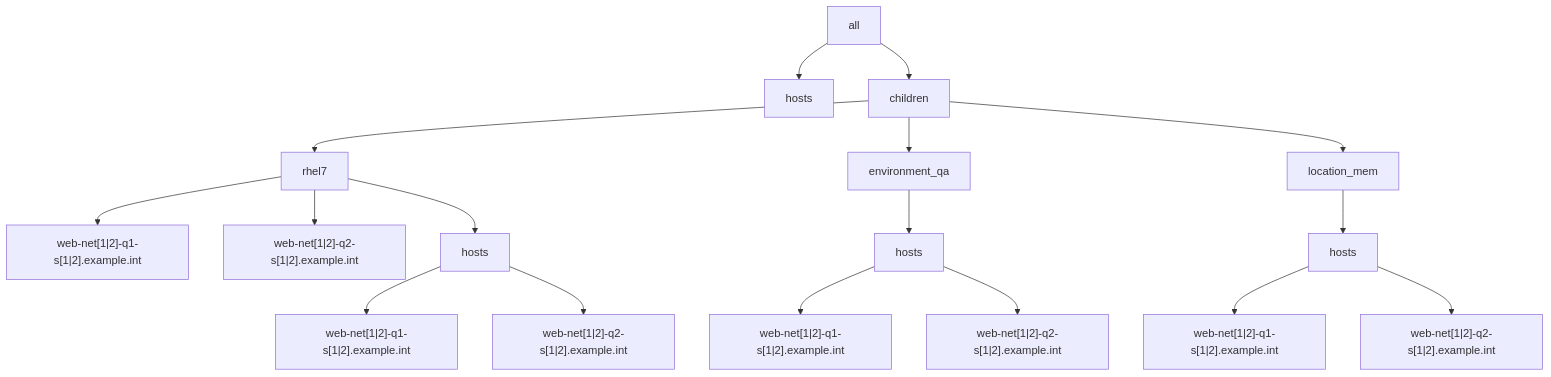
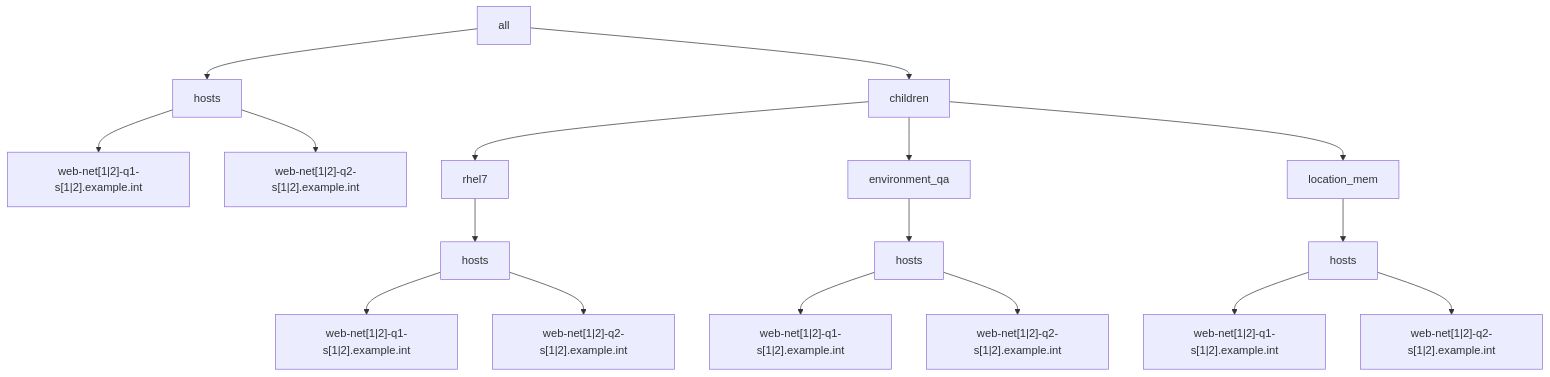
The second of 2 diagrams in tests/ansible-multiple-yaml-inventories/example1/README.md (lj020326/Ansible-inventory-file-examples), drawn with Mermaid before and after one commit.

Commit message:
develop-lj - 	modified:   tests/ansible-multiple-yaml-inventories/example1/README.md

````diff
--- a/tests/ansible-multiple-yaml-inventories/example1/README.md
+++ b/tests/ansible-multiple-yaml-inventories/example1/README.md
@@ -31,19 +31,19 @@
 ```mermaid
 graph TD;
     A[all] --> C[hosts]
     A[all] --> D[children]
+    C --> I["web-net[1|2]-q1-s[1|2].example.int"]
+    C --> J["web-net[1|2]-q2-s[1|2].example.int"]
     D --> E[rhel7]
     D --> F[environment_qa]
     D --> G[location_mem]
-    E --> I["web-net[1|2]-q1-s[1|2].example.int"]
-    E --> J["web-net[1|2]-q2-s[1|2].example.int"]
     E --> K[hosts]
     K --> L["web-net[1|2]-q1-s[1|2].example.int"]
     K --> M["web-net[1|2]-q2-s[1|2].example.int"]
     F --> N[hosts]
     N --> O["web-net[1|2]-q1-s[1|2].example.int"]
     N --> P["web-net[1|2]-q2-s[1|2].example.int"]
     G --> Q[hosts]
     Q --> R["web-net[1|2]-q1-s[1|2].example.int"]
     Q --> S["web-net[1|2]-q2-s[1|2].example.int"]
 ```
````
